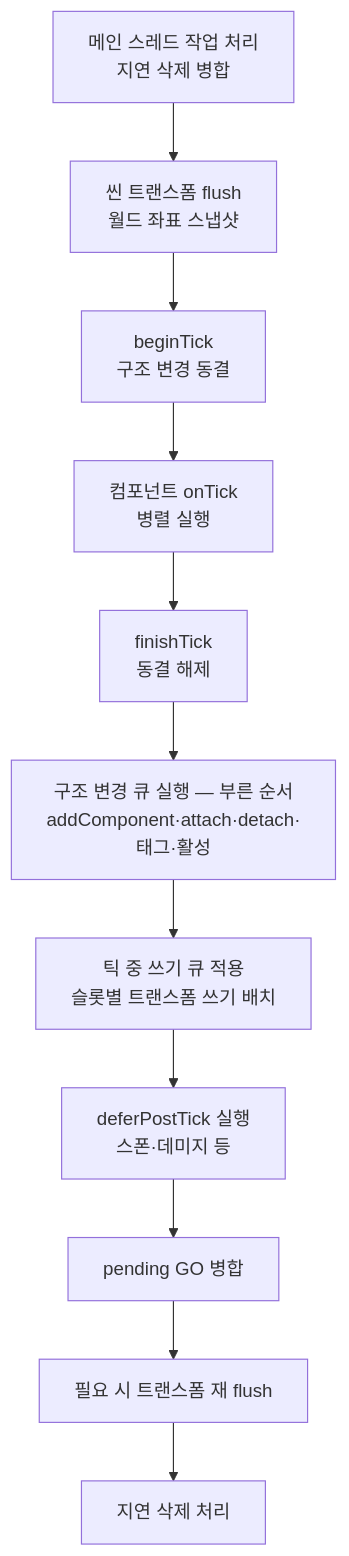
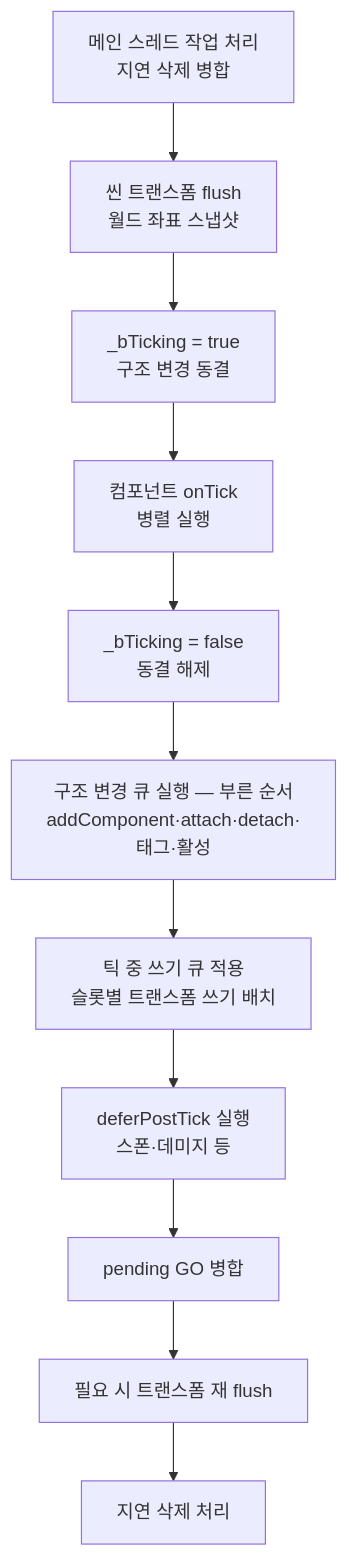
The first of 3 diagrams in Source/Engine/Object/README.md (sswgame/LearningTemplate), drawn with Mermaid before and after one commit. The commit also changed other lines of this file and 43 other files, not shown here.

````diff
--- a/Source/Engine/Object/README.md
+++ b/Source/Engine/Object/README.md
@@ -71,13 +71,13 @@
 ```mermaid
 flowchart TD
   A[메인 스레드 작업 처리<br/>지연 삭제 병합] --> B[씬 트랜스폼 flush<br/>월드 좌표 스냅샷]
-  B --> C[beginTick<br/>구조 변경 동결]
+  B --> C[_bTicking = true<br/>구조 변경 동결]
   C --> D[컴포넌트 onTick<br/>병렬 실행]
-  D --> E[finishTick<br/>동결 해제]
+  D --> E[_bTicking = false<br/>동결 해제]
   E --> E2[구조 변경 큐 실행 — 부른 순서<br/>addComponent·attach·detach·태그·활성]
   E2 --> F[틱 중 쓰기 큐 적용<br/>슬롯별 트랜스폼 쓰기 배치]
   F --> G[deferPostTick 실행<br/>스폰·데미지 등]
   G --> H[pending GO 병합]
   H --> I[필요 시 트랜스폼 재 flush]
   I --> J[지연 삭제 처리]
 ```
````
